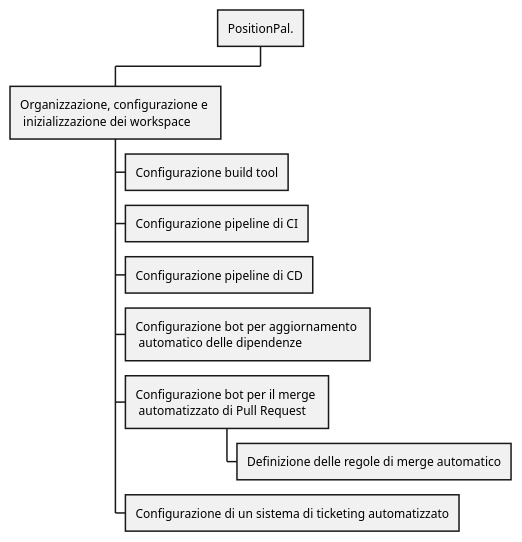
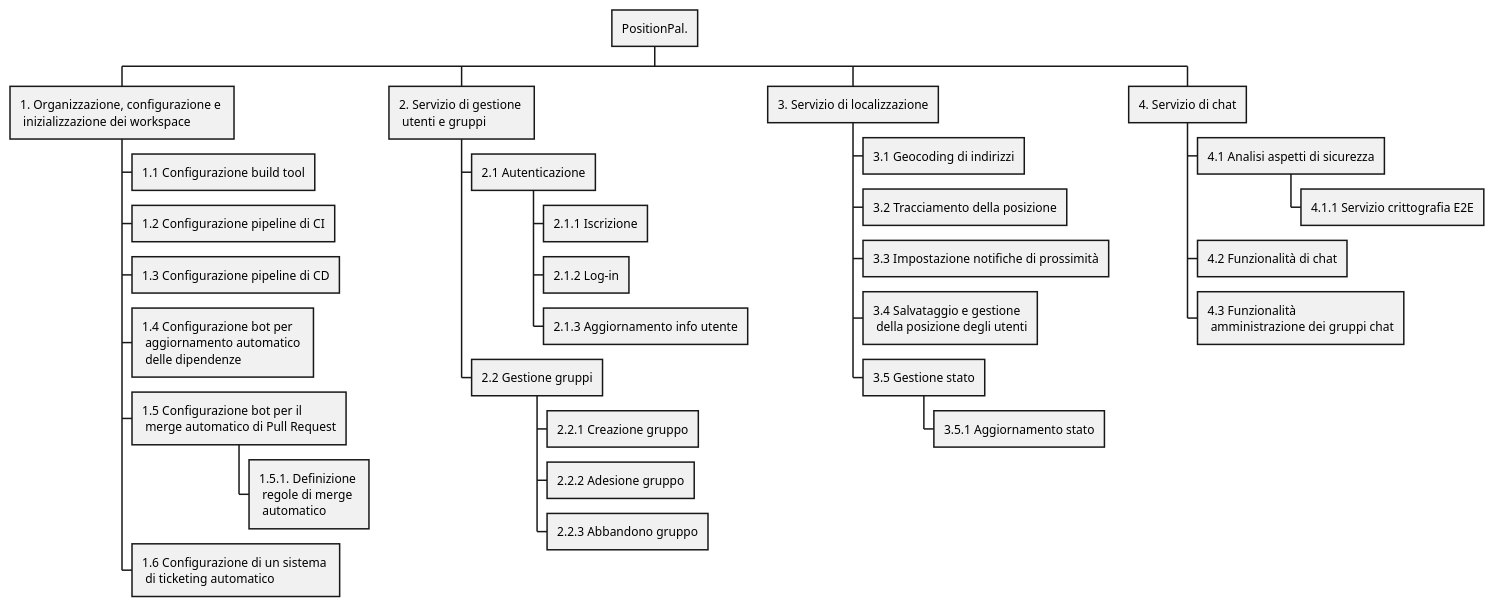
The diagram in _attachments/2-rbs.md (position-pal/PM-report), drawn with PlantUML before and after one commit. The commit also changed other lines of this file, not shown here.

Commit message:
docs: add wbs with plant

````diff
--- a/_attachments/2-rbs.md
+++ b/_attachments/2-rbs.md
@@ -58,16 +58,39 @@
 ```plantuml
 @startwbs wbs
 
-* PositionPal.
++ PositionPal.
 
-** Organizzazione, configurazione e \n inizializzazione dei workspace
-*** Configurazione build tool
-*** Configurazione pipeline di CI
-*** Configurazione pipeline di CD
-*** Configurazione bot per aggiornamento \n automatico delle dipendenze
-*** Configurazione bot per il merge \n automatizzato di Pull Request
-**** Definizione delle regole di merge automatico
-*** Configurazione di un sistema di ticketing automatizzato
+++ 1. Organizzazione, configurazione e \n inizializzazione dei workspace
++++ 1.1 Configurazione build tool
++++ 1.2 Configurazione pipeline di CI
++++ 1.3 Configurazione pipeline di CD
++++ 1.4 Configurazione bot per \n aggiornamento automatico \n delle dipendenze
++++ 1.5 Configurazione bot per il \n merge automatico di Pull Request
+++++ 1.5.1. Definizione \n regole di merge \n automatico
++++ 1.6 Configurazione di un sistema \n di ticketing automatico
 
+++ 2. Servizio di gestione \n utenti e gruppi
++++ 2.1 Autenticazione
+++++ 2.1.1 Iscrizione
+++++ 2.1.2 Log-in
+++++ 2.1.3 Aggiornamento info utente
++++ 2.2 Gestione gruppi
+++++ 2.2.1 Creazione gruppo
+++++ 2.2.2 Adesione gruppo
+++++ 2.2.3 Abbandono gruppo
+
+++ 3. Servizio di localizzazione
++++ 3.1 Geocoding di indirizzi
++++ 3.2 Tracciamento della posizione
++++ 3.3 Impostazione notifiche di prossimità
++++ 3.4 Salvataggio e gestione \n della posizione degli utenti
++++ 3.5 Gestione stato
+++++ 3.5.1 Aggiornamento stato
+
+++ 4. Servizio di chat
++++ 4.1 Analisi aspetti di sicurezza
+++++ 4.1.1 Servizio crittografia E2E
++++ 4.2 Funzionalità di chat
++++ 4.3 Funzionalità \n amministrazione dei gruppi chat
 @endwbs
 ```
````
